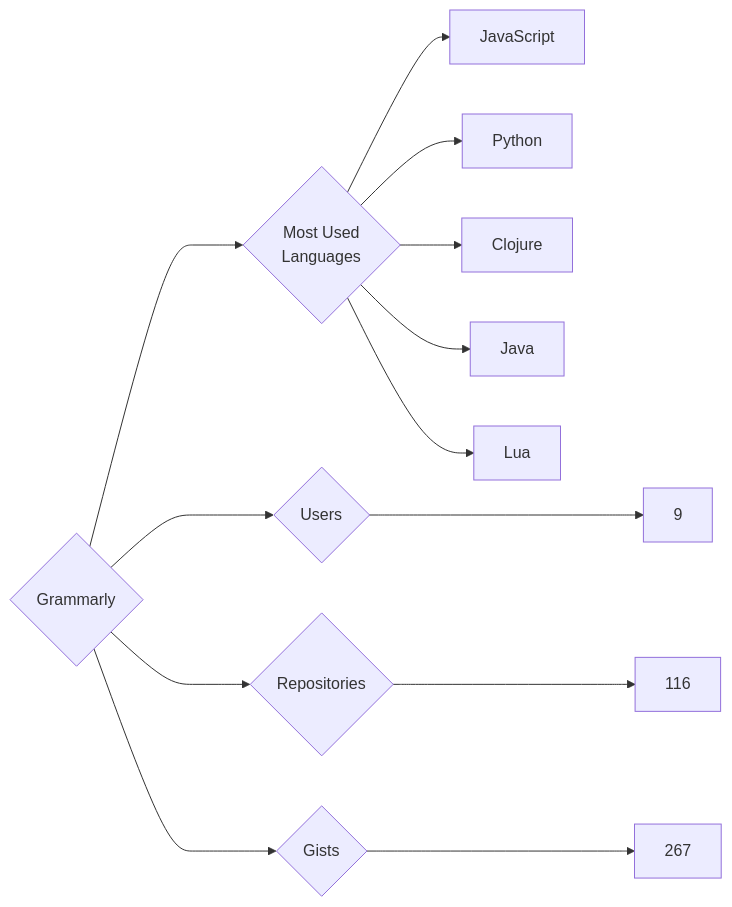
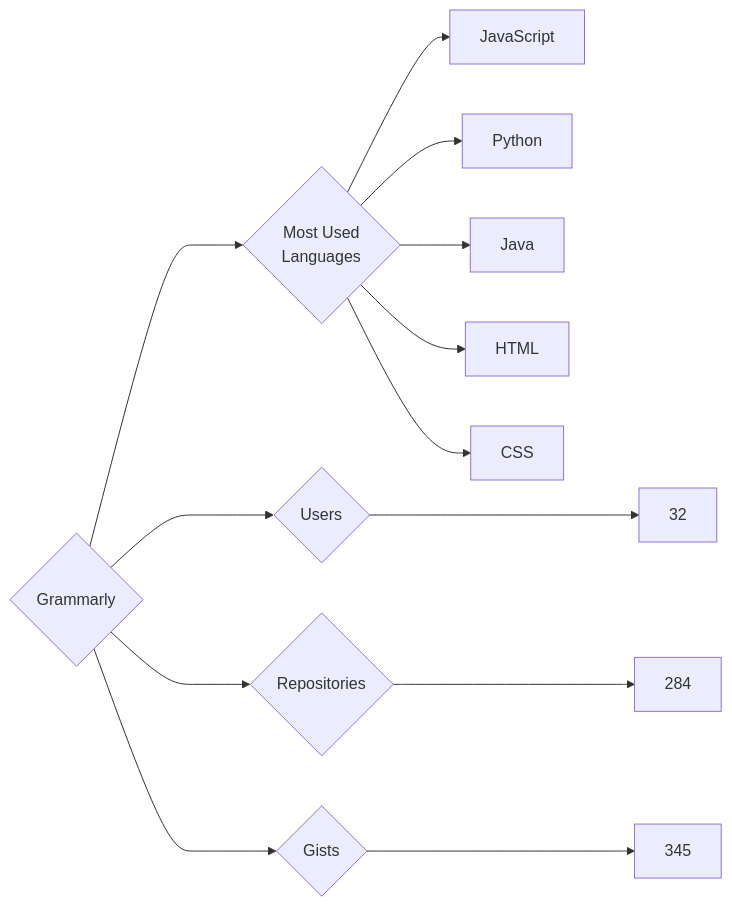
One commit to trickest/insiders changed the diagram in targets/Grammarly/README.md. Above: the diagram before and after it, drawn with Mermaid. The commit also changed 930 other files, not shown here.

````diff
--- a/targets/Grammarly/README.md
+++ b/targets/Grammarly/README.md
@@ -3,13 +3,13 @@
 ```mermaid
 graph LR
 COMPANY_NAME{Grammarly}
-COMPANY_NAME ---> U{Users} ---> UN[9]
-COMPANY_NAME ---> R{Repositories} ---> RN[116]
-COMPANY_NAME ---> G{Gists} ---> GN[267]
+COMPANY_NAME ---> U{Users} ---> UN[32]
+COMPANY_NAME ---> R{Repositories} ---> RN[284]
+COMPANY_NAME ---> G{Gists} ---> GN[345]
 COMPANY_NAME ---> ML{Most Used<br>Languages}
 ML --> JavaScript[JavaScript]
 ML --> Python[Python]
-ML --> Clojure[Clojure]
 ML --> Java[Java]
-ML --> Lua[Lua]
+ML --> HTML[HTML]
+ML --> CSS[CSS]
 ```
````
